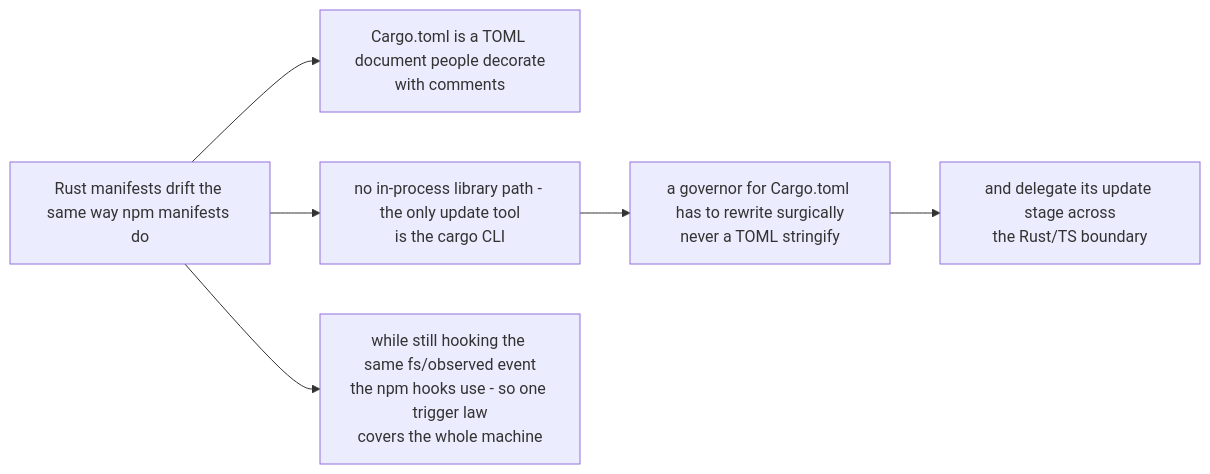
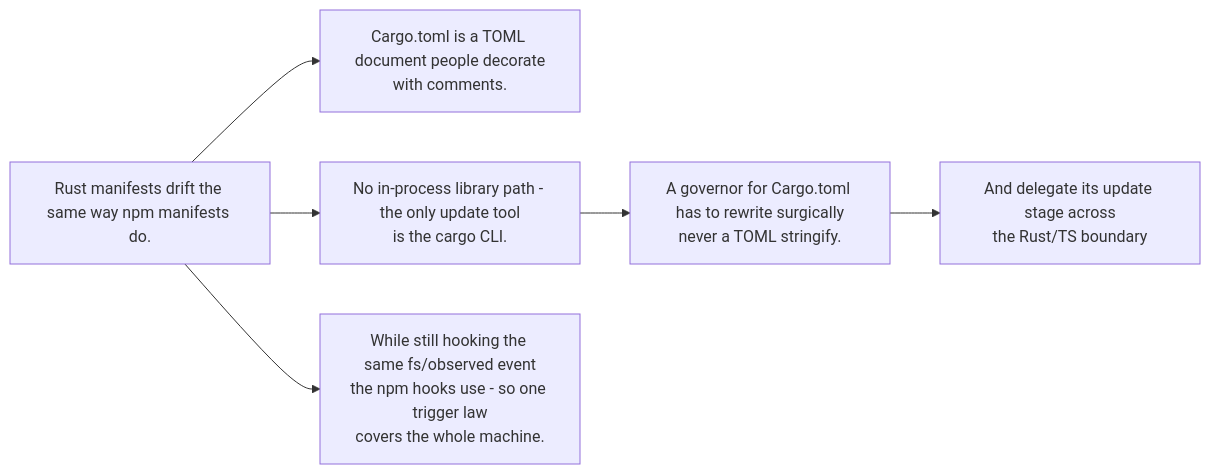
Before and after one commit to PlayForm/Site-DeepSeek: the diagram in Source/Content/Mermaid/govcargo-problem.mmd, drawn with Mermaid. The commit also changed 221 other files, not shown here.

```diff
--- a/Source/Content/Mermaid/govcargo-problem.mmd
+++ b/Source/Content/Mermaid/govcargo-problem.mmd
@@ -1,11 +1,11 @@
 flowchart LR
-	DRIFT["Rust manifests drift the same way npm manifests do"]
-	TOML["Cargo.toml is a TOML document people decorate<br/>with comments"]
-	NOLIB["no in-process library path - the only update tool<br/>is the cargo CLI"]
-	SURG["a governor for Cargo.toml has to rewrite surgically<br/>never a TOML stringify"]
-	BOUND["and delegate its update stage across<br/>the Rust/TS boundary"]
-	SAME["while still hooking the same fs/observed event<br/>the npm hooks use - so one trigger law<br/>covers the whole machine"]
+	DRIFT["Rust manifests drift the same way npm manifests do."]
+	TOML["Cargo.toml is a TOML document people decorate<br/>with comments."]
+	NOLIB["No in-process library path - the only update tool<br/>is the cargo CLI."]
+	SURG["A governor for Cargo.toml has to rewrite surgically<br/>never a TOML stringify."]
+	BOUND["And delegate its update stage across<br/>the Rust/TS boundary"]
+	SAME["While still hooking the same fs/observed event<br/>the npm hooks use - so one trigger law<br/>covers the whole machine."]
 	DRIFT --> TOML
 	DRIFT --> NOLIB --> SURG
 	SURG --> BOUND
 	DRIFT --> SAME
```
